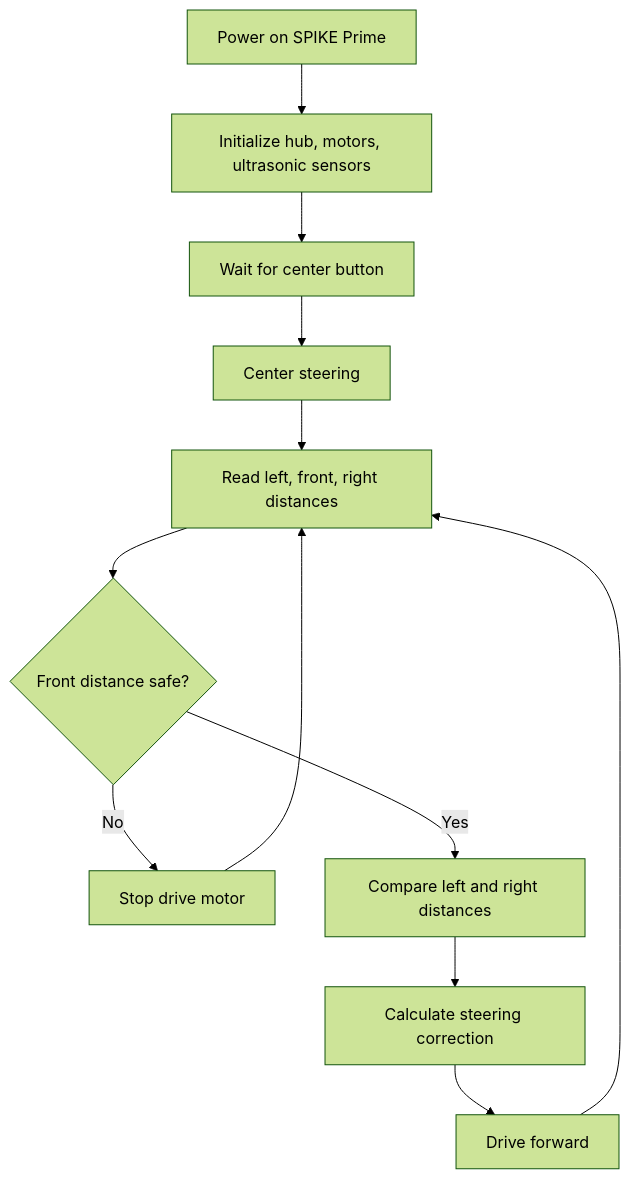
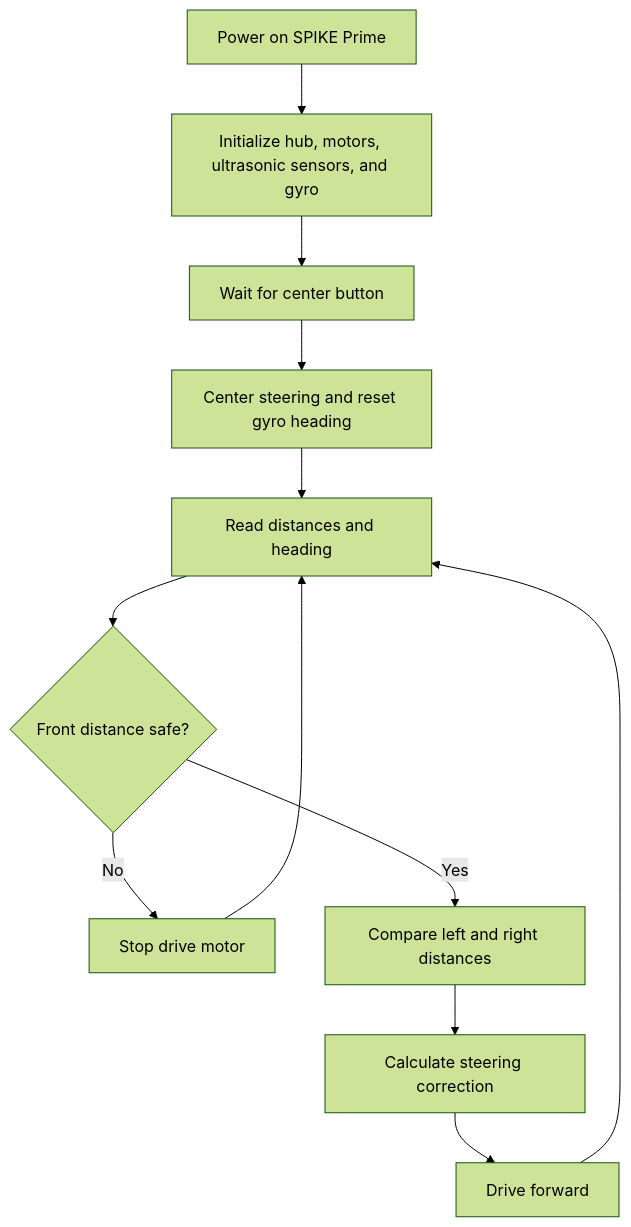
Before and after one commit to Mechanicous/WRO-Future-Engineers-2026: the diagram in README.md, drawn with Mermaid (forest theme). The commit also changed other lines of this file and 15 other files, not shown here.

````diff
--- a/README.md
+++ b/README.md
@@ -237,14 +244,14 @@
 ```mermaid
 flowchart TD
-    A["Power on SPIKE Prime"] --> B["Initialize hub, motors, ultrasonic sensors"]
+    A["Power on SPIKE Prime"] --> B["Initialize hub, motors, ultrasonic sensors, and gyro"]
     B --> C["Wait for center button"]
-    C --> D["Center steering"]
-    D --> E["Read left, front, right distances"]
+    C --> D["Center steering and reset gyro heading"]
+    D --> E["Read distances and heading"]
     E --> F{"Front distance safe?"}
     F -- "No" --> G["Stop drive motor"]
     F -- "Yes" --> H["Compare left and right distances"]
     H --> I["Calculate steering correction"]
     I --> J["Drive forward"]
     G --> E
     J --> E
 ```
````
